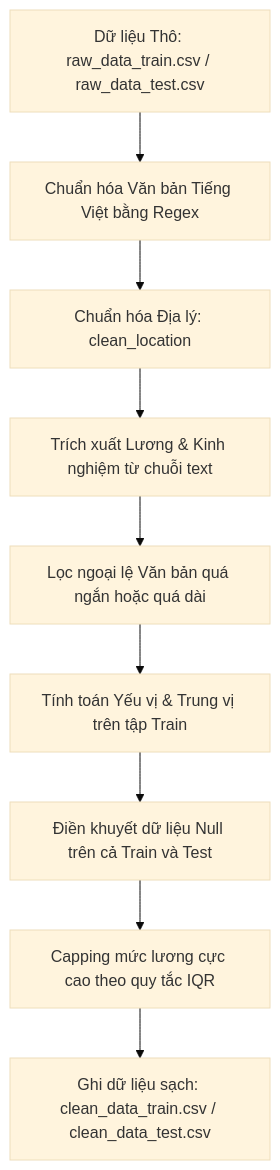
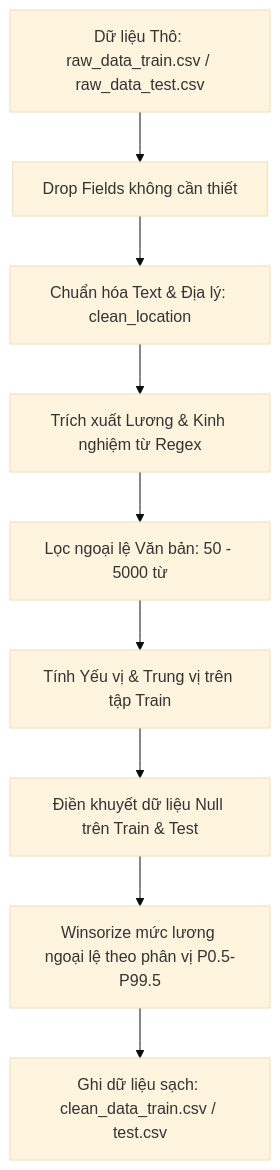
Before and after one commit to LuongVanVo/vietnam-job-market-clustering: the diagram in docs/PHASE_1_SUMMARY.md, drawn with Mermaid (base theme). The commit also changed other lines of this file, not shown here.

````diff
--- a/docs/PHASE_1_SUMMARY.md
+++ b/docs/PHASE_1_SUMMARY.md
@@ -11,11 +9,11 @@
 ```mermaid
 graph TD
-    A[Dữ liệu Thô: raw_data_train.csv / raw_data_test.csv] --> B[Chuẩn hóa Văn bản Tiếng Việt bằng Regex]
-    B --> C[Chuẩn hóa Địa lý: clean_location]
-    C --> D[Trích xuất Lương & Kinh nghiệm từ chuỗi text]
-    D --> E[Lọc ngoại lệ Văn bản quá ngắn hoặc quá dài]
-    E --> F[Tính toán Yếu vị & Trung vị trên tập Train]
-    F --> G[Điền khuyết dữ liệu Null trên cả Train và Test]
-    G --> H[Capping mức lương cực cao theo quy tắc IQR]
-    H --> I[Ghi dữ liệu sạch: clean_data_train.csv / clean_data_test.csv]
+    A[Dữ liệu Thô: raw_data_train.csv / raw_data_test.csv] --> B[Drop Fields không cần thiết]
+    B --> C[Chuẩn hóa Text & Địa lý: clean_location]
+    C --> D[Trích xuất Lương & Kinh nghiệm từ Regex]
+    D --> E[Lọc ngoại lệ Văn bản: 50 - 5000 từ]
+    E --> F[Tính Yếu vị & Trung vị trên tập Train]
+    F --> G[Điền khuyết dữ liệu Null trên Train & Test]
+    G --> H[Winsorize mức lương ngoại lệ theo phân vị P0.5-P99.5]
+    H --> I[Ghi dữ liệu sạch: clean_data_train.csv / test.csv]
 ```
````
